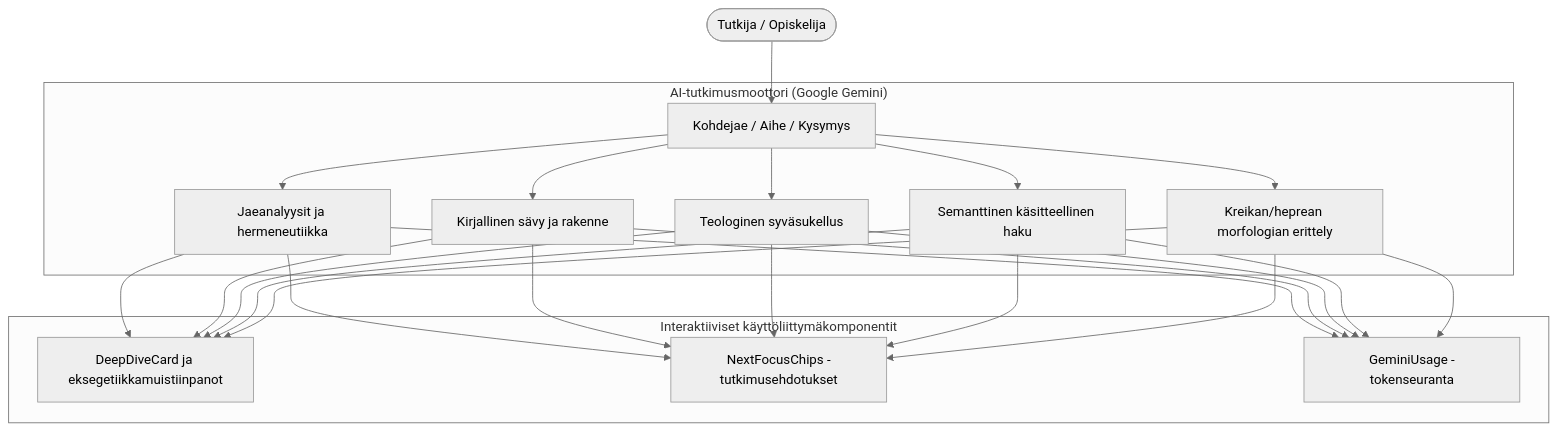
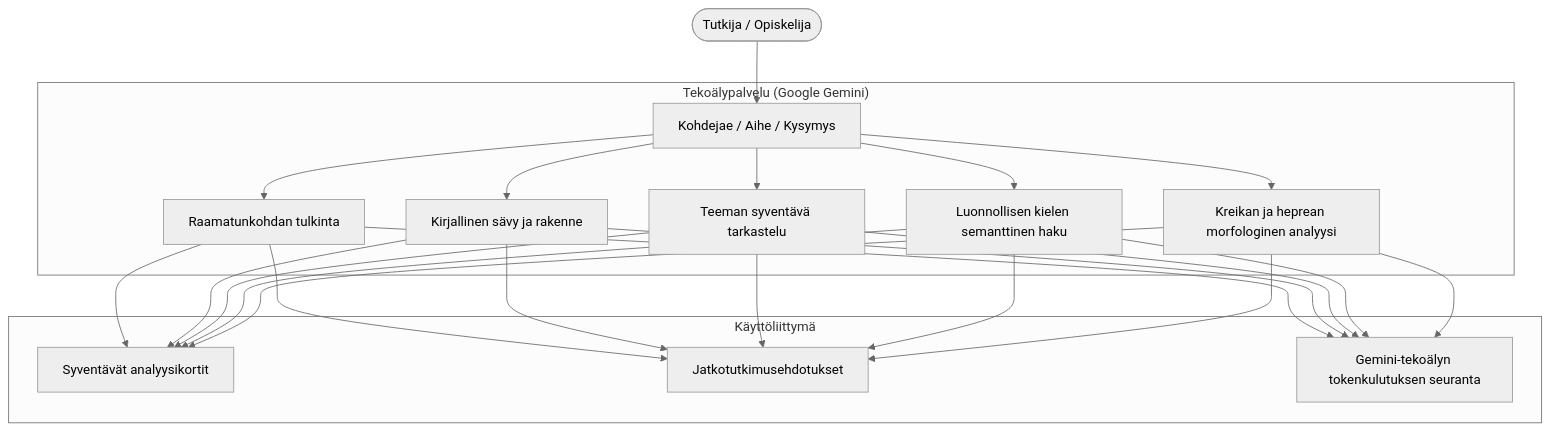
The diagram in docs/fi/guide/ai-study-tools.md (mvirtai/clible-v3-go), drawn with Mermaid (neutral theme) before and after one commit. The commit also changed other lines of this file and 21 other files, not shown here.

````diff
--- a/docs/fi/guide/ai-study-tools.md
+++ b/docs/fi/guide/ai-study-tools.md
@@ -11,18 +11,18 @@
 ```mermaid
 graph TD
     User(["Tutkija / Opiskelija"]) --> Query["Kohdejae / Aihe / Kysymys"]
 
-    subgraph AI_Engine ["AI-tutkimusmoottori (Google Gemini)"]
-        Query --> Insight["Jaeanalyysit ja hermeneutiikka"]
+    subgraph AI_Engine ["Tekoälypalvelu (Google Gemini)"]
+        Query --> Insight["Raamatunkohdan tulkinta"]
         Query --> Tone["Kirjallinen sävy ja rakenne"]
-        Query --> Deep["Teologinen syväsukellus"]
-        Query --> Semantic["Semanttinen käsitteellinen haku"]
-        Query --> Original["Kreikan/heprean morfologian erittely"]
+        Query --> Deep["Teeman syventävä tarkastelu"]
+        Query --> Semantic["Luonnollisen kielen semanttinen haku"]
+        Query --> Original["Kreikan ja heprean morfologinen analyysi"]
     end
 
-    subgraph UI_Components ["Interaktiiviset käyttöliittymäkomponentit"]
-        Insight & Tone & Deep & Semantic & Original --> Cards["DeepDiveCard ja eksegetiikkamuistiinpanot"]
-        Insight & Tone & Deep & Semantic & Original --> Chips["NextFocusChips -tutkimusehdotukset"]
-        Insight & Tone & Deep & Semantic & Original --> Usage["GeminiUsage -tokenseuranta"]
+    subgraph UI_Components ["Käyttöliittymä"]
+        Insight & Tone & Deep & Semantic & Original --> Cards["Syventävät analyysikortit"]
+        Insight & Tone & Deep & Semantic & Original --> Chips["Jatkotutkimusehdotukset"]
+        Insight & Tone & Deep & Semantic & Original --> Usage["Gemini-tekoälyn tokenkulutuksen seuranta"]
     end
 ```
````
